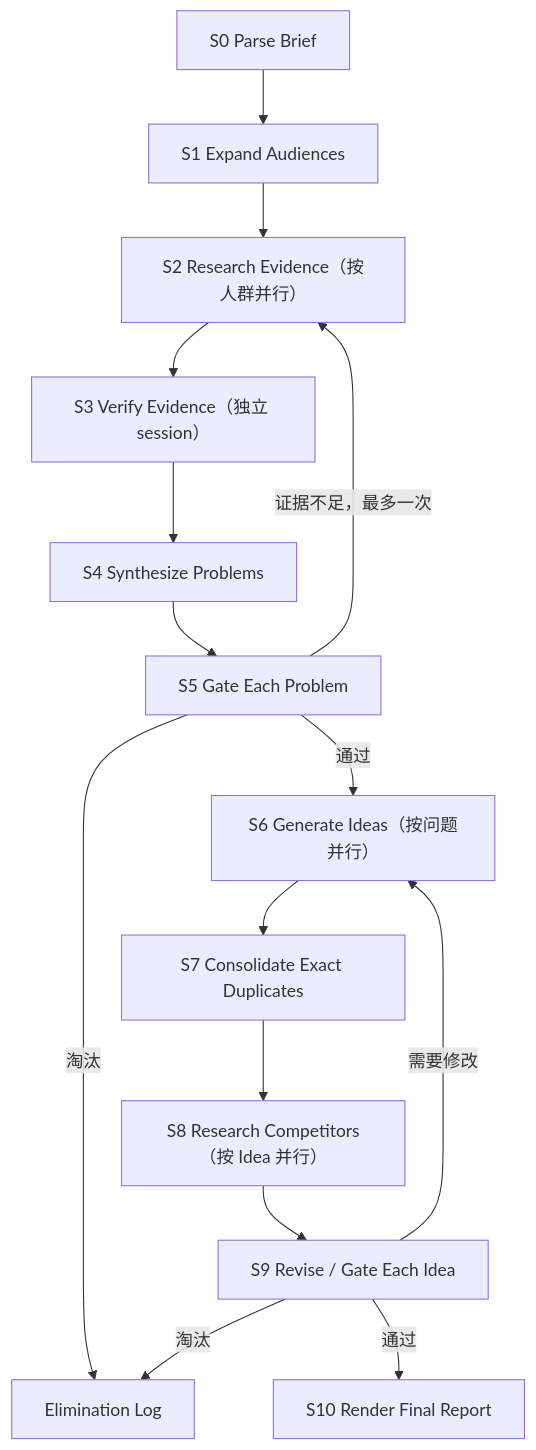
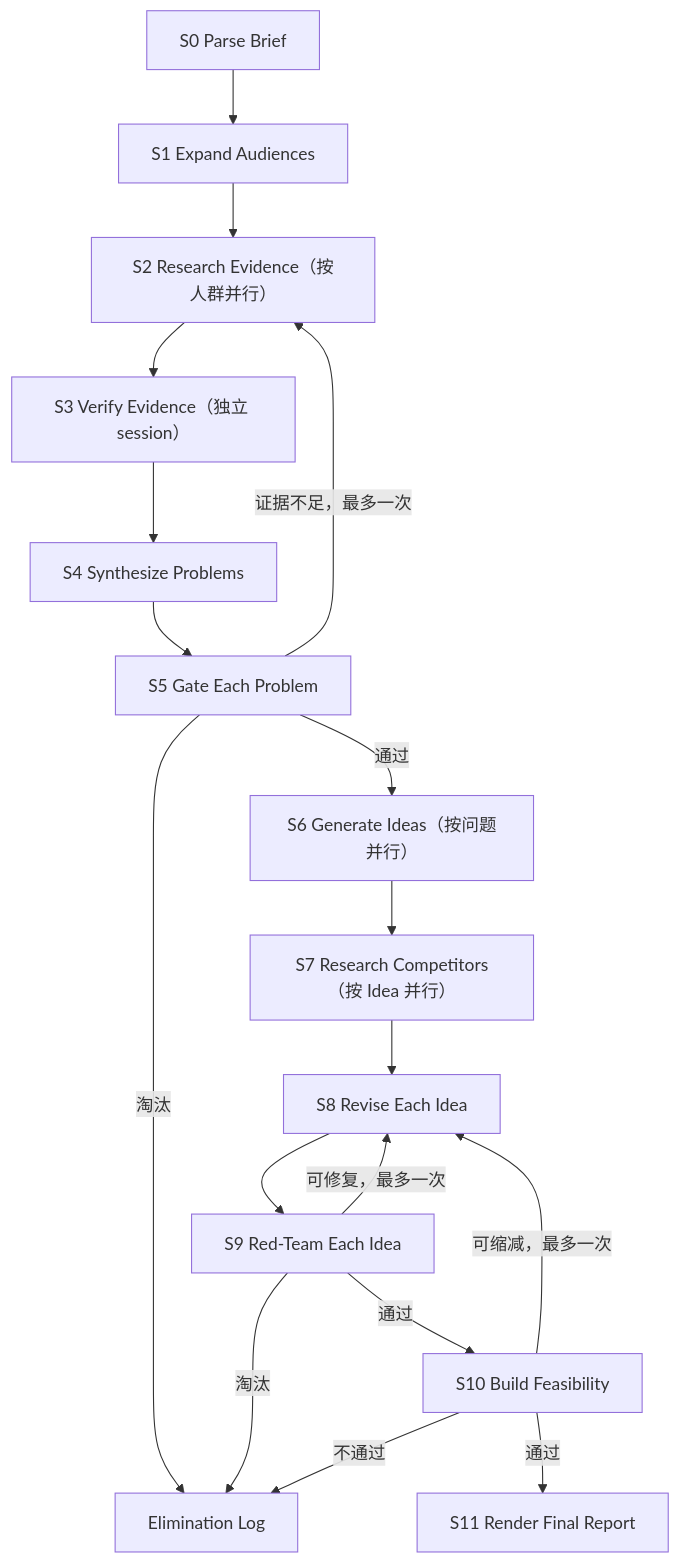
The diagram in .trellis/tasks/07-22-hackathon-agent-product/workflow-contracts.md (west0nG/HackSome), drawn with Mermaid before and after one commit. The commit also changed other lines of this file and 2 other files, not shown here.

````diff
--- a/.trellis/tasks/07-22-hackathon-agent-product/workflow-contracts.md
+++ b/.trellis/tasks/07-22-hackathon-agent-product/workflow-contracts.md
@@ -23,17 +23,20 @@
 ```mermaid
 flowchart TD
     A["S0 Parse Brief"] --> B["S1 Expand Audiences"]
     B --> C["S2 Research Evidence（按人群并行）"]
     C --> D["S3 Verify Evidence（独立 session）"]
     D --> E["S4 Synthesize Problems"]
     E --> F["S5 Gate Each Problem"]
     F -->|"证据不足，最多一次"| C
     F -->|"淘汰"| X["Elimination Log"]
     F -->|"通过"| G["S6 Generate Ideas（按问题并行）"]
-    G --> H["S7 Consolidate Exact Duplicates"]
-    H --> I["S8 Research Competitors（按 Idea 并行）"]
-    I --> J["S9 Revise / Gate Each Idea"]
-    J -->|"需要修改"| G
-    J -->|"淘汰"| X
-    J -->|"通过"| K["S10 Render Final Report"]
+    G --> I["S7 Research Competitors（按 Idea 并行）"]
+    I --> J["S8 Revise Each Idea"]
+    J --> R["S9 Red-Team Each Idea"]
+    R -->|"可修复，最多一次"| J
+    R -->|"淘汰"| X
+    R -->|"通过"| Q["S10 Build Feasibility"]
+    Q -->|"可缩减，最多一次"| J
+    Q -->|"不通过"| X
+    Q -->|"通过"| K["S11 Render Final Report"]
 ```
````
